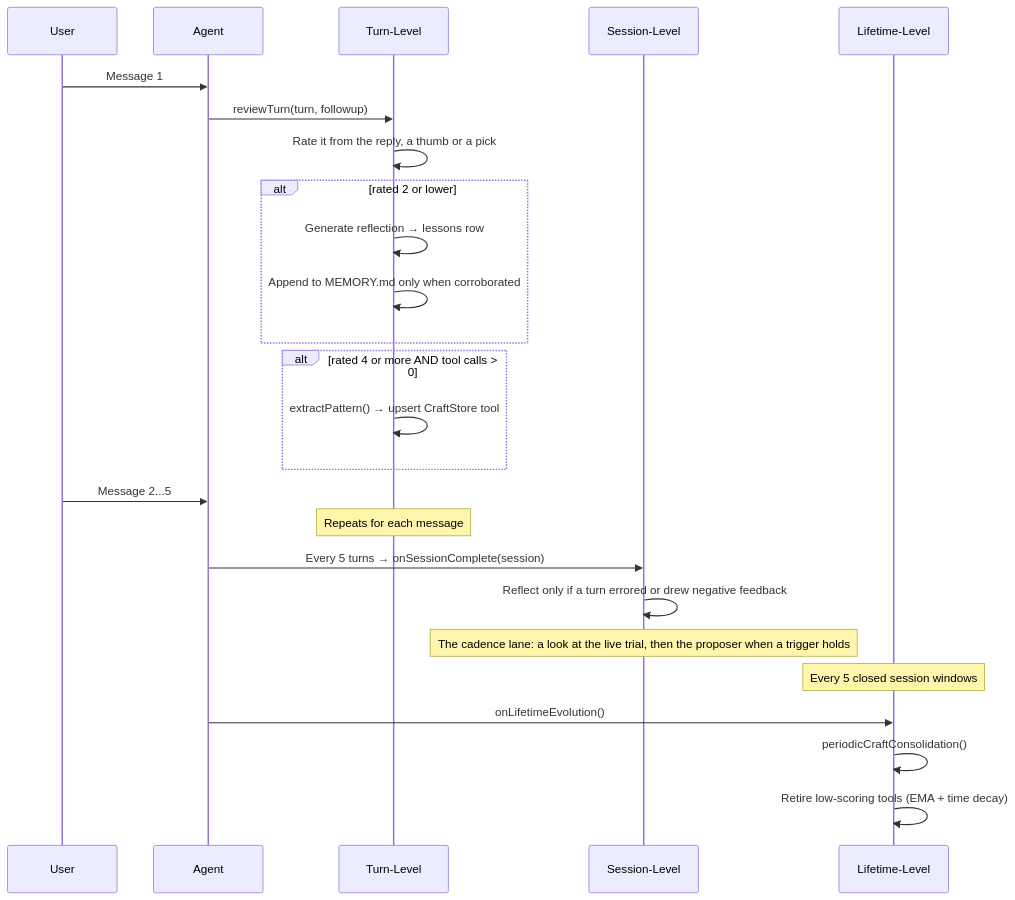
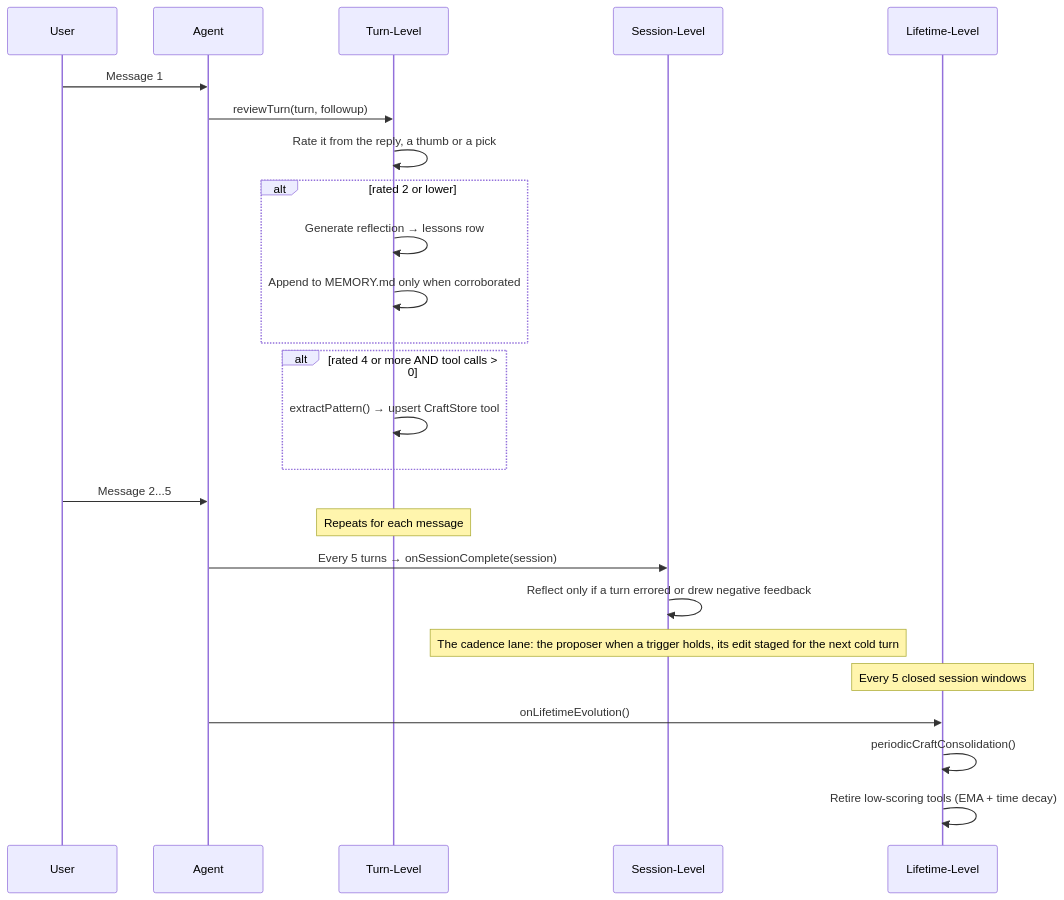
One commit to AshishKumar4/kinu changed the first of 2 diagrams in docs/EVOLUTION.md. Above: the diagram before and after it, drawn with Mermaid. The commit also changed other lines of this file and 58 other files, not shown here.

First line of the commit message:
fix(evolution): an edit moves the prompt only at a cold cache; live trials go

````diff
--- a/docs/EVOLUTION.md
+++ b/docs/EVOLUTION.md
@@ -33,31 +33,31 @@
 ```mermaid
 sequenceDiagram
     participant User
     participant Agent
     participant Turn as Turn-Level
     participant Session as Session-Level
     participant Lifetime as Lifetime-Level
 
     User->>Agent: Message 1
     Agent->>Turn: reviewTurn(turn, followup)
     Turn->>Turn: Rate it from the reply, a thumb or a pick
     alt rated 2 or lower
         Turn->>Turn: Generate reflection → lessons row
         Turn->>Turn: Append to MEMORY.md only when corroborated
     end
     alt rated 4 or more AND tool calls > 0
         Turn->>Turn: extractPattern() → upsert CraftStore tool
     end
 
     User->>Agent: Message 2...5
     Note over Turn: Repeats for each message
 
     Agent->>Session: Every 5 turns → onSessionComplete(session)
     Session->>Session: Reflect only if a turn errored or drew negative feedback
-    Note over Session: The cadence lane: a look at the live trial, then the proposer when a trigger holds
+    Note over Session: The cadence lane: the proposer when a trigger holds, its edit staged for the next cold turn
 
     Note over Lifetime: Every 5 closed session windows
     Agent->>Lifetime: onLifetimeEvolution()
     Lifetime->>Lifetime: periodicCraftConsolidation()
     Lifetime->>Lifetime: Retire low-scoring tools (EMA + time decay)
 ```
````
